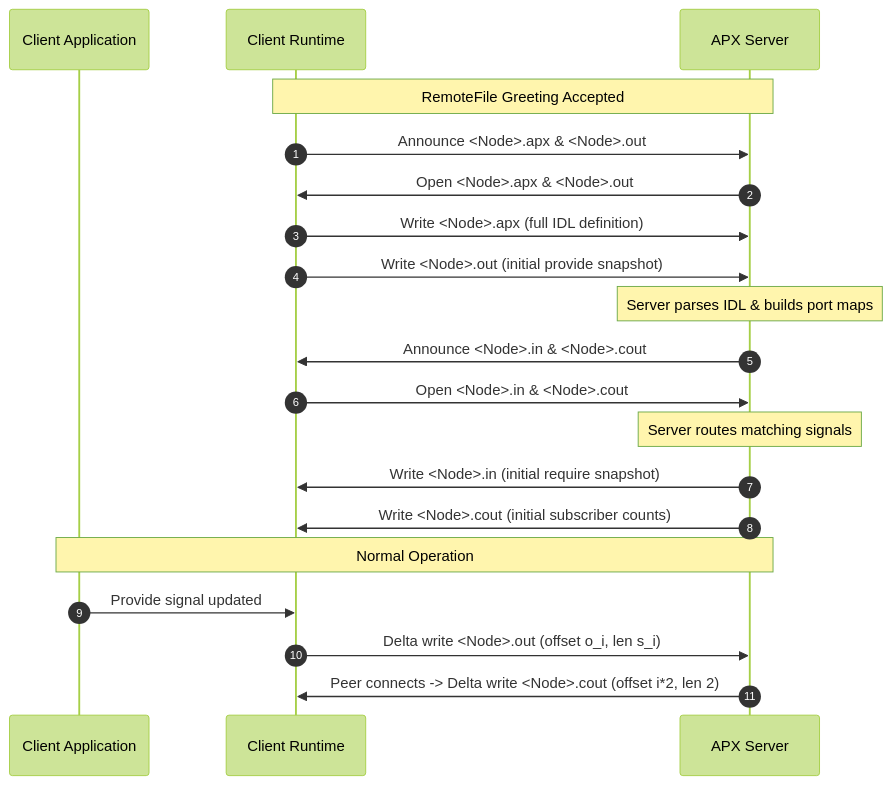
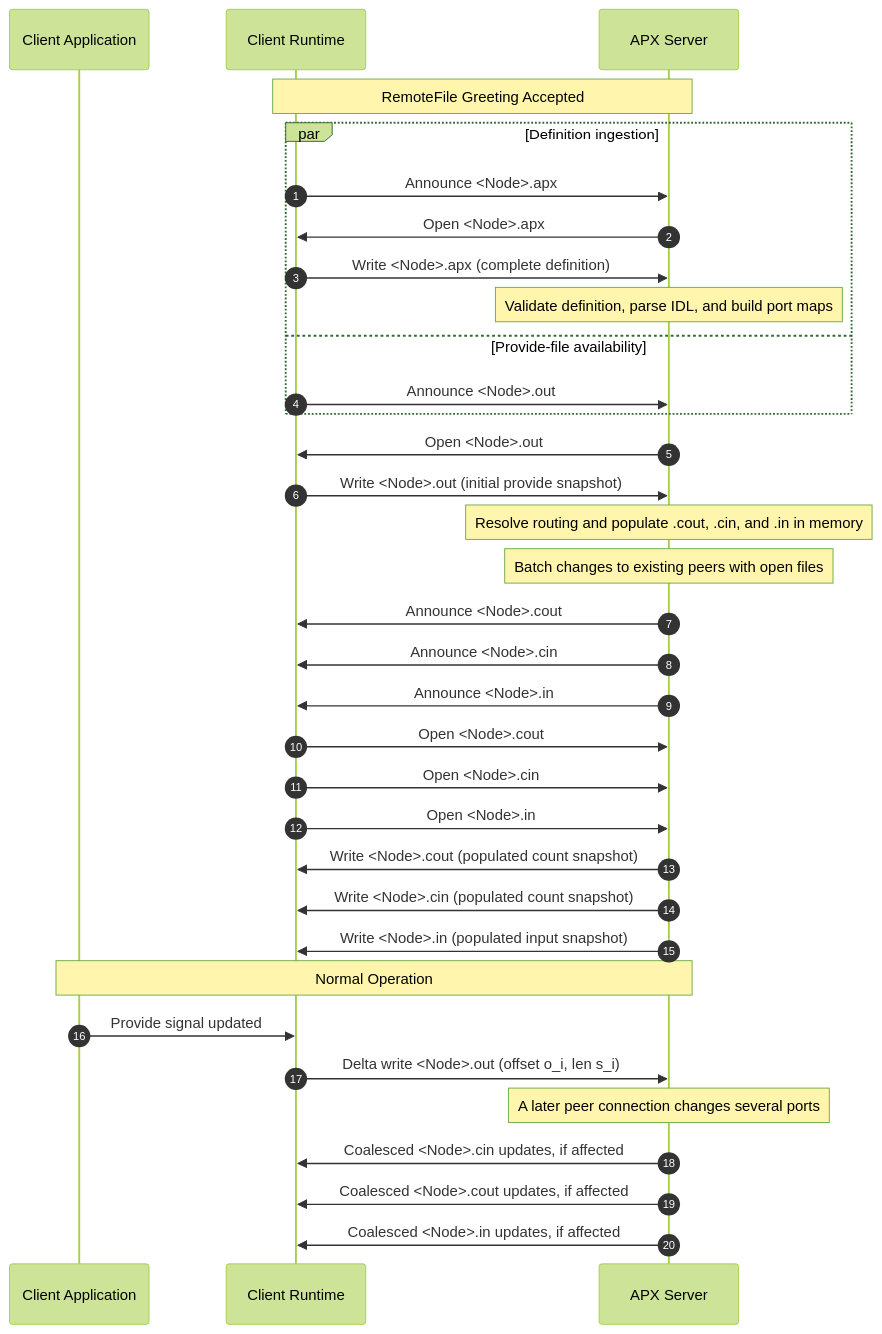
The diagram in design/files.md (cogu/apx), drawn with Mermaid (forest theme) before and after one commit. The commit also changed other lines of this file and 7 other files, not shown here.

````diff
--- a/design/files.md
+++ b/design/files.md
@@ -203,26 +221,40 @@
 ```{mermaid}
 sequenceDiagram
     autonumber
     participant App as Client Application
     participant Client as Client Runtime
     participant Server as APX Server
 
     Note over Client,Server: RemoteFile Greeting Accepted
-    Client->>Server: Announce <Node>.apx & <Node>.out
-    Server->>Client: Open <Node>.apx & <Node>.out
-    Client->>Server: Write <Node>.apx (full IDL definition)
+    par Definition ingestion
+        Client->>Server: Announce <Node>.apx
+        Server->>Client: Open <Node>.apx
+        Client->>Server: Write <Node>.apx (complete definition)
+        Note over Server: Validate definition, parse IDL, and build port maps
+    and Provide-file availability
+        Client->>Server: Announce <Node>.out
+    end
+    Server->>Client: Open <Node>.out
     Client->>Server: Write <Node>.out (initial provide snapshot)
 
-    Note over Server: Server parses IDL & builds port maps
-    Server->>Client: Announce <Node>.in & <Node>.cout
-    Client->>Server: Open <Node>.in & <Node>.cout
+    Note over Server: Resolve routing and populate .cout, .cin, and .in in memory
+    Note over Server: Batch changes to existing peers with open files
+    Server->>Client: Announce <Node>.cout
+    Server->>Client: Announce <Node>.cin
+    Server->>Client: Announce <Node>.in
 
-    Note over Server: Server routes matching signals
-    Server->>Client: Write <Node>.in (initial require snapshot)
-    Server->>Client: Write <Node>.cout (initial subscriber counts)
+    Client->>Server: Open <Node>.cout
+    Client->>Server: Open <Node>.cin
+    Client->>Server: Open <Node>.in
+    Server->>Client: Write <Node>.cout (populated count snapshot)
+    Server->>Client: Write <Node>.cin (populated count snapshot)
+    Server->>Client: Write <Node>.in (populated input snapshot)
 
     Note over App,Server: Normal Operation
     App->>Client: Provide signal updated
     Client->>Server: Delta write <Node>.out (offset o_i, len s_i)
-    Server->>Client: Peer connects -> Delta write <Node>.cout (offset i*2, len 2)
+    Note over Server: A later peer connection changes several ports
+    Server->>Client: Coalesced <Node>.cin updates, if affected
+    Server->>Client: Coalesced <Node>.cout updates, if affected
+    Server->>Client: Coalesced <Node>.in updates, if affected
 ```
````
